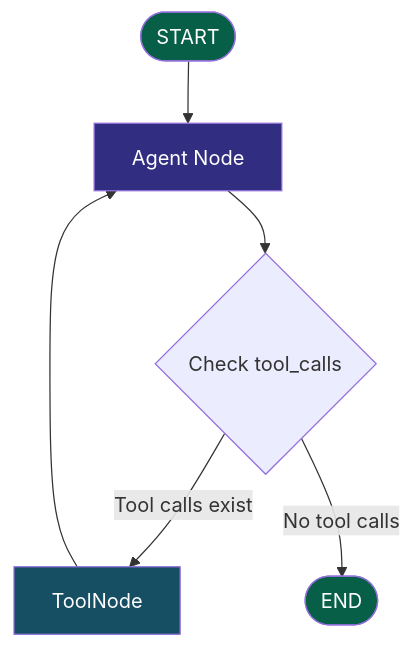
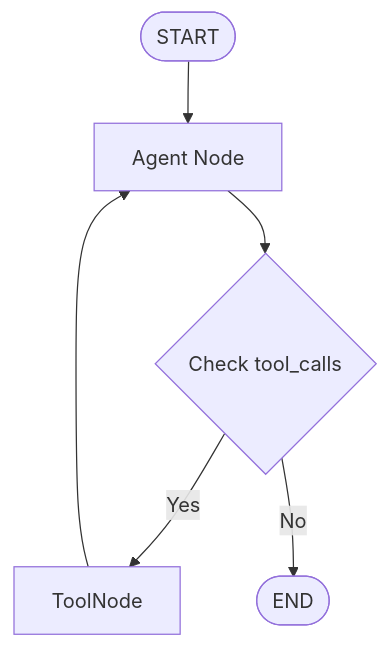
One commit to PRINCE-TIWARI07/LLM-Langchain-LangGraph-WebSearchTool- changed the third of 3 diagrams in README.md. Above: the diagram before and after it, drawn with Mermaid. The commit also changed other lines of this file, not shown here.

````diff
--- a/README.md
+++ b/README.md
@@ -44,13 +48,8 @@
 ```mermaid
 flowchart TD
     START([START]) --> AGENT["Agent Node"]
-    AGENT --> DECISION{"Check tool_calls"}
-    DECISION -->|Tool calls exist| TOOLS["ToolNode"]
+    AGENT --> CHECK{"Check tool_calls"}
+    CHECK -->|Yes| TOOLS["ToolNode"]
     TOOLS --> AGENT
-    DECISION -->|No tool calls| END([END])
-
-    style START fill:#065f46,color:#fff
-    style AGENT fill:#312e81,color:#fff
-    style TOOLS fill:#164e63,color:#fff
-    style END fill:#065f46,color:#fff
+    CHECK -->|No| END([END])
 ```
````
